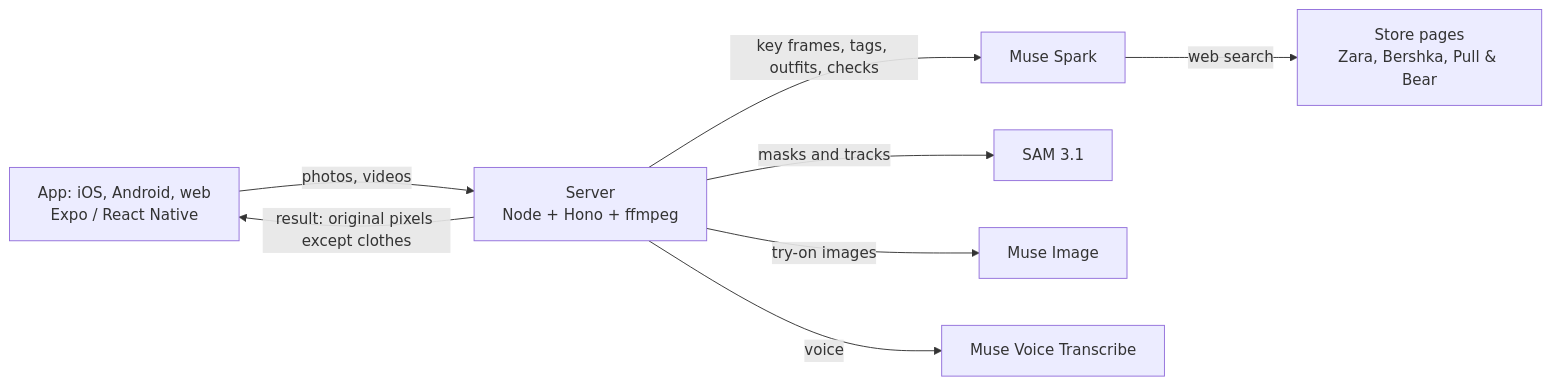
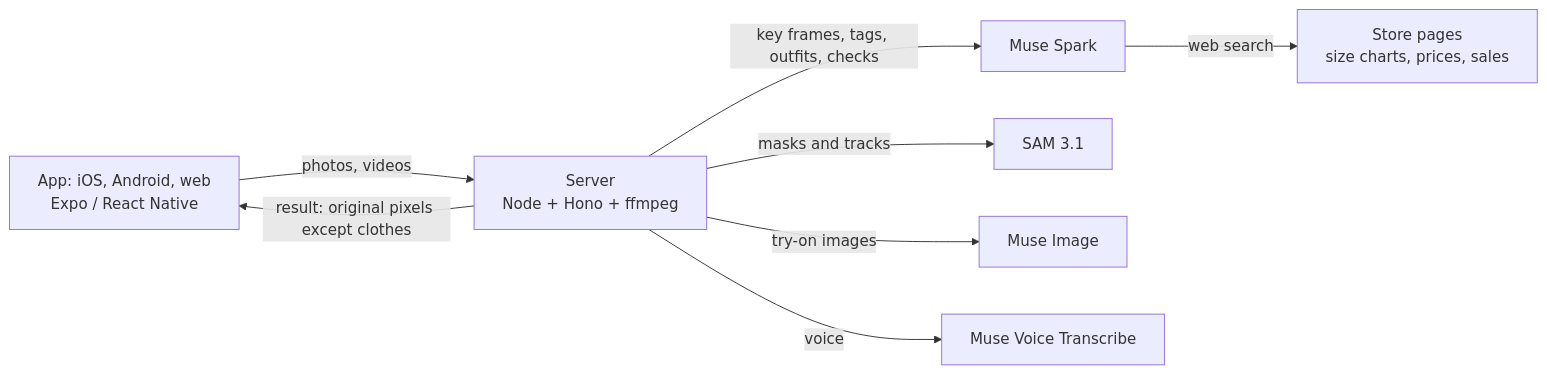
The diagram in README.md (Qwirlex/twin-closet), drawn with Mermaid before and after one commit. The commit also changed other lines of this file and 8 other files, not shown here.

````diff
--- a/README.md
+++ b/README.md
@@ -51,10 +63,10 @@
 ```mermaid
 flowchart LR
   phone["App: iOS, Android, web<br/>Expo / React Native"] -->|photos, videos| server["Server<br/>Node + Hono + ffmpeg"]
   server -->|key frames, tags, outfits, checks| spark["Muse Spark"]
   server -->|masks and tracks| sam["SAM 3.1"]
   server -->|try-on images| image["Muse Image"]
   server -->|voice| voice["Muse Voice Transcribe"]
-  spark -->|web search| stores["Store pages<br/>Zara, Bershka, Pull & Bear"]
+  spark -->|web search| stores["Store pages<br/>size charts, prices, sales"]
   server -->|"result: original pixels except clothes"| phone
 ```
````
